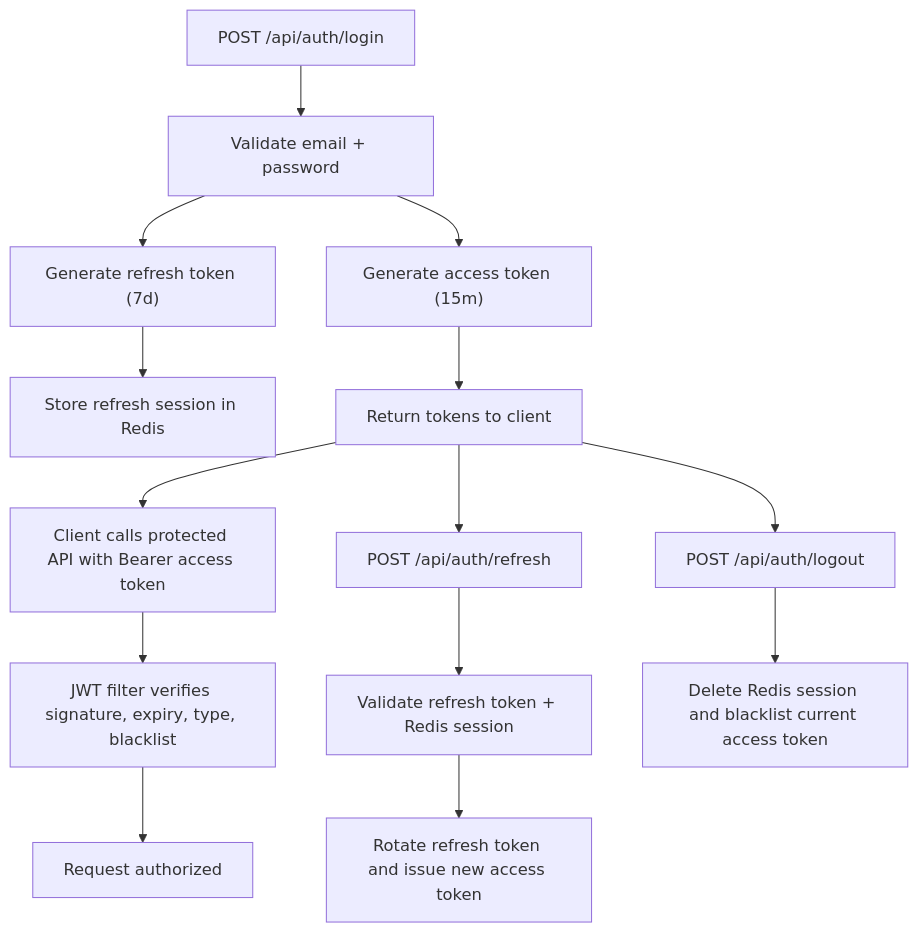
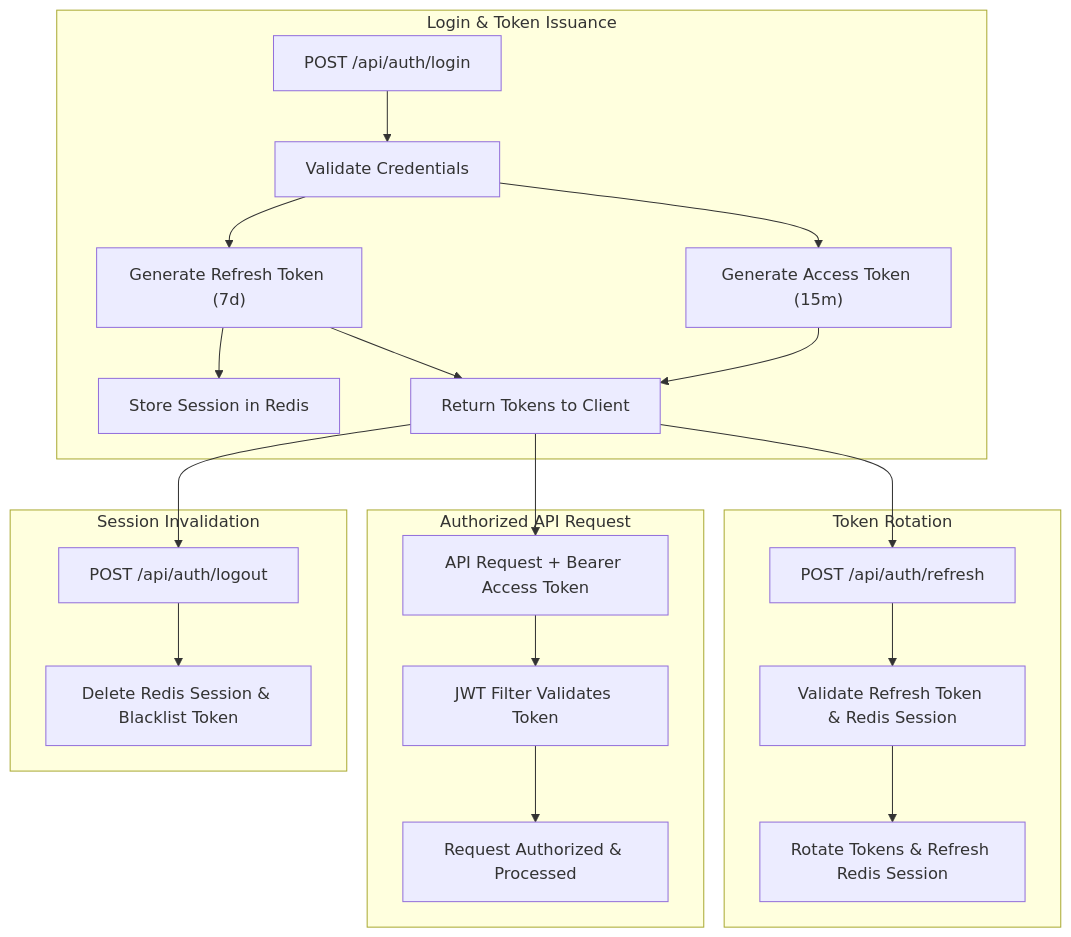
Before and after one commit to ganeshedula/URL_Shorter: the diagram in README.md, drawn with Mermaid. The commit also changed other lines of this file, not shown here.

````diff
--- a/README.md
+++ b/README.md
@@ -37,16 +42,27 @@
 ```mermaid
 flowchart TD
-    A["POST /api/auth/login"] --> B["Validate email + password"]
-    B --> C["Generate access token (15m)"]
-    B --> D["Generate refresh token (7d)"]
-    D --> E["Store refresh session in Redis"]
-    C --> F["Return tokens to client"]
-    F --> G["Client calls protected API with Bearer access token"]
-    G --> H["JWT filter verifies signature, expiry, type, blacklist"]
-    H --> I["Request authorized"]
-    F --> J["POST /api/auth/refresh"]
-    J --> K["Validate refresh token + Redis session"]
-    K --> L["Rotate refresh token and issue new access token"]
-    F --> M["POST /api/auth/logout"]
-    M --> N["Delete Redis session and blacklist current access token"]
+    subgraph Login ["Login & Token Issuance"]
+        A["POST /api/auth/login"] --> B["Validate Credentials"]
+        B --> C["Generate Access Token (15m)"]
+        B --> D["Generate Refresh Token (7d)"]
+        D --> E["Store Session in Redis"]
+        C & D --> F["Return Tokens to Client"]
+    end
+
+    subgraph Request ["Authorized API Request"]
+        F --> G["API Request + Bearer Access Token"]
+        G --> H["JWT Filter Validates Token"]
+        H --> I["Request Authorized & Processed"]
+    end
+
+    subgraph Refresh ["Token Rotation"]
+        F --> J["POST /api/auth/refresh"]
+        J --> K["Validate Refresh Token & Redis Session"]
+        K --> L["Rotate Tokens & Refresh Redis Session"]
+    end
+
+    subgraph Logout ["Session Invalidation"]
+        F --> M["POST /api/auth/logout"]
+        M --> N["Delete Redis Session & Blacklist Token"]
+    end
 ```
````
